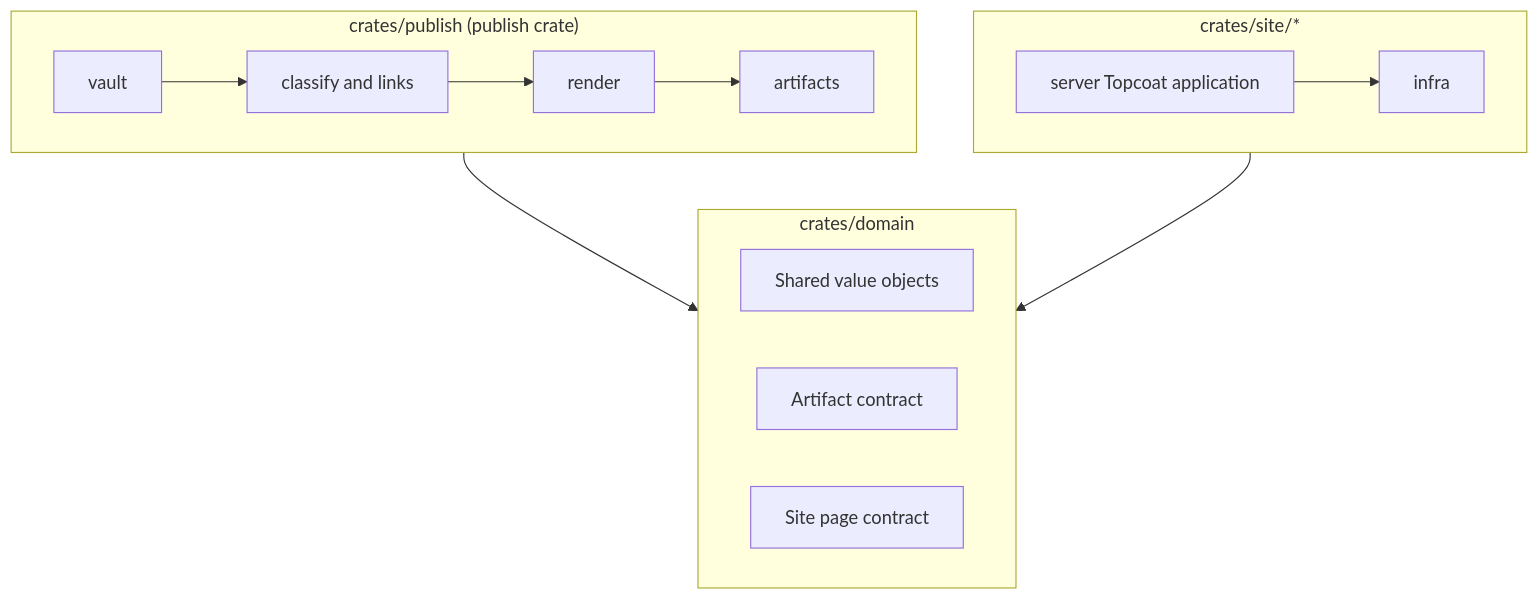
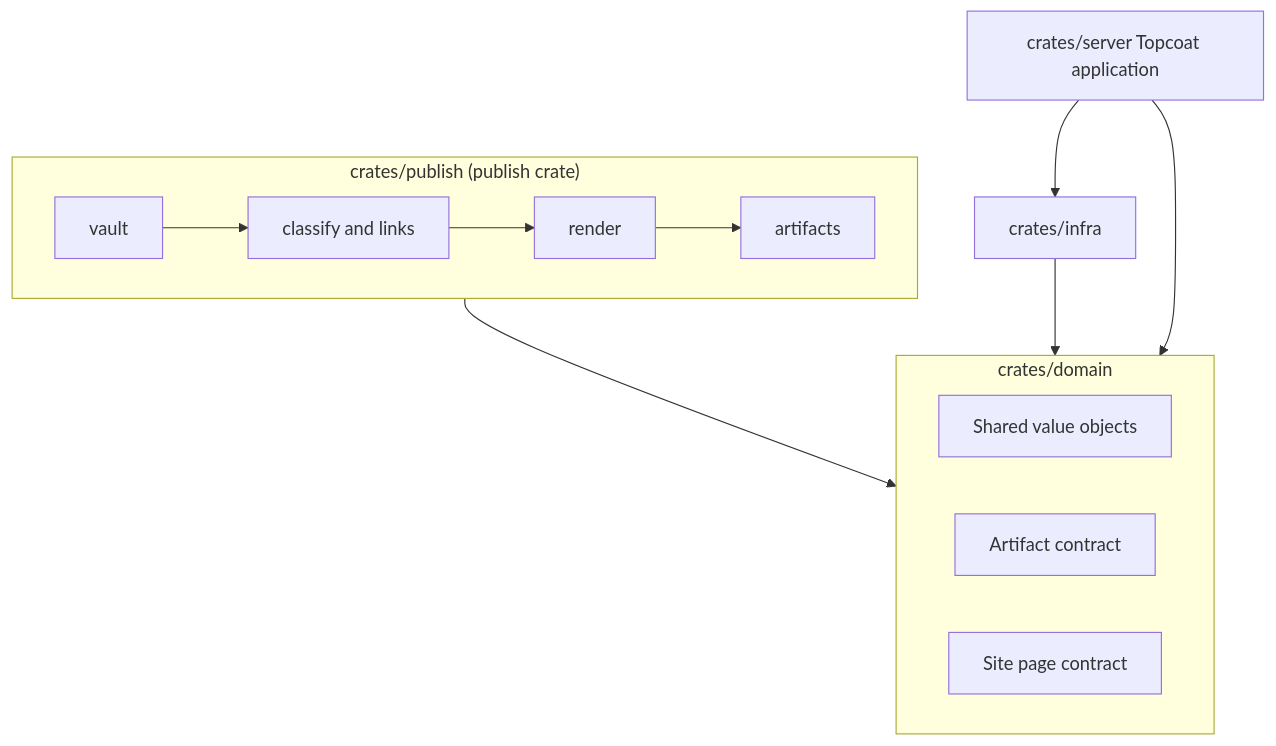
The second of 4 diagrams in docs/architecture/architecture.md (okawak/okawak_blog), drawn with Mermaid before and after one commit. The commit also changed other lines of this file and 51 other files, not shown here.

````diff
--- a/docs/architecture/architecture.md
+++ b/docs/architecture/architecture.md
@@ -110,27 +116,26 @@
 ```mermaid
 flowchart TB
     subgraph Domain["crates/domain"]
         D1[Shared value objects]
         D2[Artifact contract]
         D3[Site page contract]
     end
 
     subgraph Publish["crates/publish (publish crate)"]
         P1[vault]
         P2[classify and links]
         P3[render]
         P4[artifacts]
     end
 
-    subgraph Site["crates/site/*"]
-        S1[infra]
-        S2[server Topcoat application]
-    end
+    S1[crates/infra]
+    S2[crates/server Topcoat application]
 
     Publish --> Domain
-    Site --> Domain
+    S1 --> Domain
+    S2 --> Domain
     P1 --> P2
     P2 --> P3
     P3 --> P4
     S2 --> S1
 ```
````
